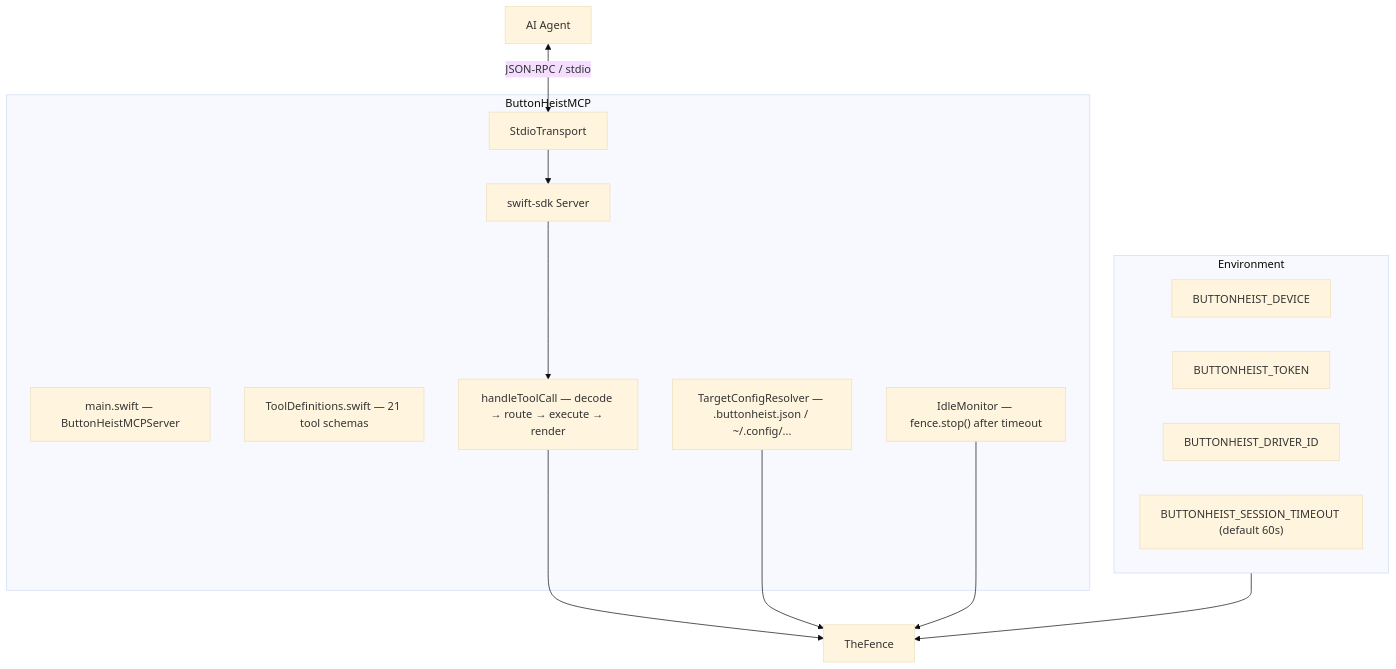
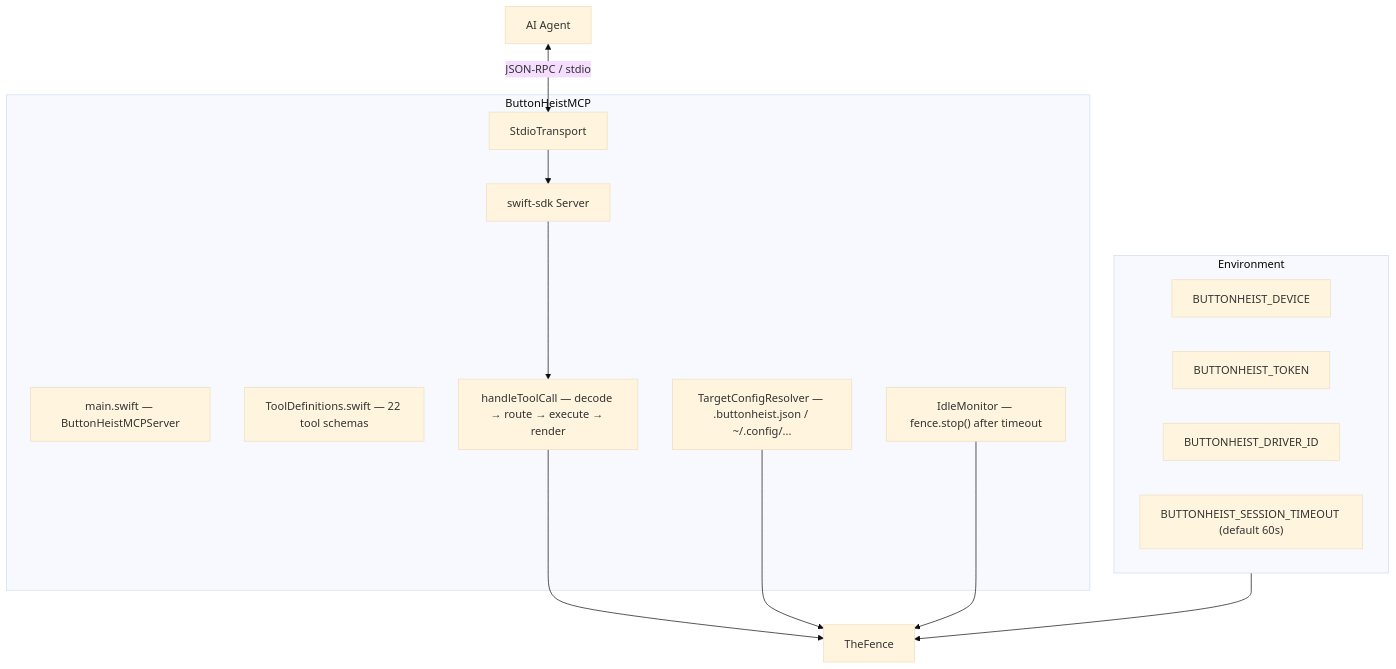
One commit to RoyalPineapple/TheButtonHeist changed the first of 2 diagrams in docs/dossiers/12-MCP.md. Above: the diagram before and after it, drawn with Mermaid (base theme). The commit also changed other lines of this file and 61 other files, not shown here.

````diff
--- a/docs/dossiers/12-MCP.md
+++ b/docs/dossiers/12-MCP.md
@@ -29,27 +29,27 @@
 ```mermaid
 graph TD
     subgraph MCP["ButtonHeistMCP"]
         Main["main.swift — ButtonHeistMCPServer"]
         Server["swift-sdk Server"]
         Transport["StdioTransport"]
-        Tools["ToolDefinitions.swift — 21 tool schemas"]
+        Tools["ToolDefinitions.swift — 22 tool schemas"]
         Handler["handleToolCall — decode → route → execute → render"]
         Idle["IdleMonitor — fence.stop() after timeout"]
         Config["TargetConfigResolver — .buttonheist.json / ~/.config/..."]
     end
 
     subgraph Env["Environment"]
         Device["BUTTONHEIST_DEVICE"]
         Token["BUTTONHEIST_TOKEN"]
         Driver["BUTTONHEIST_DRIVER_ID"]
         Timeout["BUTTONHEIST_SESSION_TIMEOUT (default 60s)"]
     end
 
     Agent["AI Agent"] <-->|JSON-RPC / stdio| Transport
     Transport --> Server
     Server --> Handler
     Handler --> TheFence["TheFence"]
     Config --> TheFence
     Env --> TheFence
     Idle --> TheFence
 ```
````
